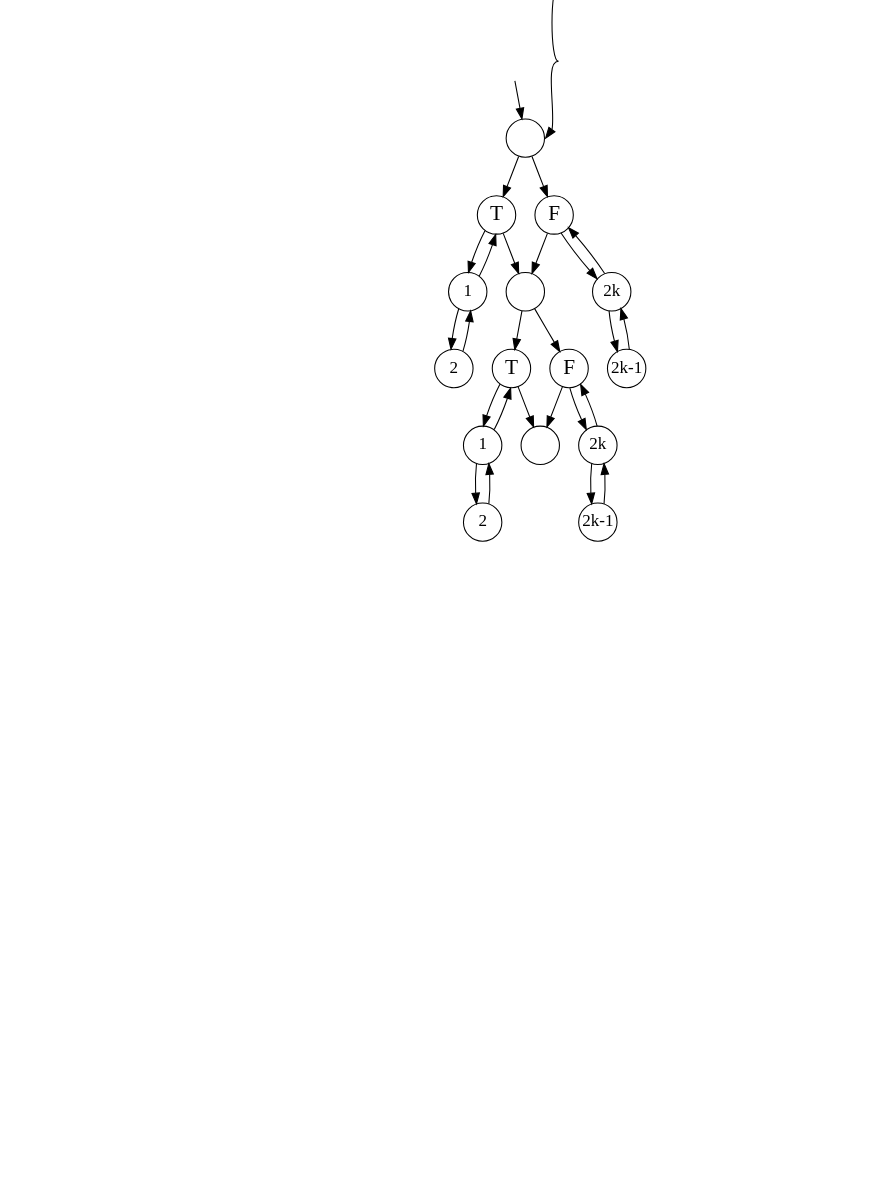
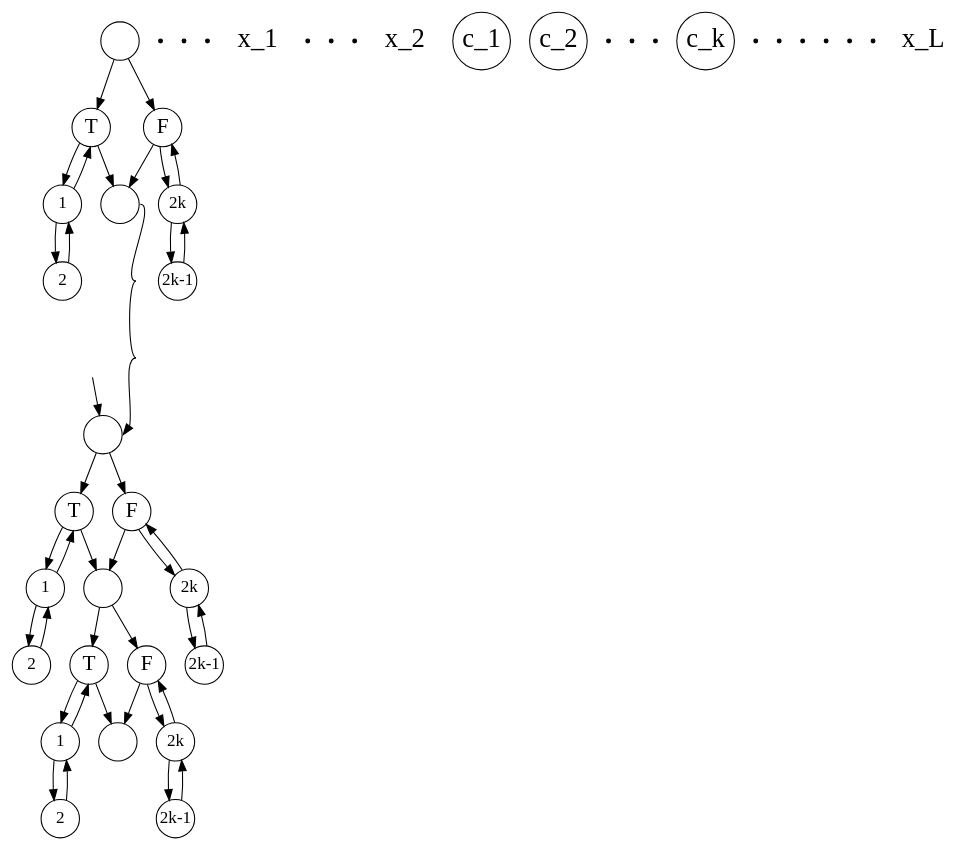
Before and after one commit to jdymacek/graph-theory-notes: the diagram in ChapterNP/n-gadget2.dot, drawn with Graphviz. The commit also changed 2 other files, not shown here.

Commit message:
Removed viewport from gadget dots

```diff
--- a/ChapterNP/n-gadget2.dot
+++ b/ChapterNP/n-gadget2.dot
@@ -1,75 +1,74 @@
 digraph g{
-    viewport="800,1100,1,0,-50"
     node[shape=circle label="" fixedsize=true]
 
 
     pointer [shape=none pos="0,3!"]
     root [pos="0,2!"]
     l1 [pos="-3,0!" label="T" fontsize="20!"]
     l2 [pos="-2,0!" label="1" fontsize="16!"]
     l3 [pos="-1,0!" label="2" fontsize="16!"]
     r1 [pos="3,0!" label="F" fontsize="20!"]
     r2 [pos="2,0!" label="2k" fontsize="16!"]
     r3 [pos="1,0!" label="2k-1" fontsize="16!"]
     root2 [pos="0,-2!"]
     e1 [shape=point pos="-0.4,0!"]
     e2 [shape=point pos="0,0!"]
     e3 [shape=point pos="0.4,0!"]
 
     x0 [label="x_1" shape=plaintext pos="3.5,-1!" fontsize="25!"]
 
     l12 [pos="-3,-4!" label="T" fontsize="20!"]
     l22 [pos="-2,-4!" label="1" fontsize="16!"]
     l32 [pos="-1,-4!" label="2" fontsize="16!"]
     r12 [pos="3,-4!" label="F" fontsize="20!"]
     r22 [pos="2,-4!" label="2k" fontsize="16!"]
     r32 [pos="1,-4!" label="2k-1" fontsize="16!"]
     e12 [shape=point pos="-0.4,-4!"]
     e22 [shape=point pos="0,-4!"]
     e32 [shape=point pos="0.4,-4!"]
 
     x1 [label="x_2" shape=plaintext pos="3.5,-5!" fontsize="25!"]
 
     c1 [label="c_1" width="0.75" pos="-5,2!" fontsize="25!"]
     c2 [label="c_2" width="0.75" pos="-5,1!" fontsize="25!"] 
     d1 [shape=point pos="-5,0.4!"]
     d2 [shape=point pos="-5,0!"]
     d3 [shape=point pos="-5,-0.4!"]
     ck [label="c_k" width="0.75" pos="-5,-1!" fontsize="25!"]
     exit [pos="0,-6!"]
 
     d12 [shape=point pos="0,-6.6!"]
     d22 [shape=point pos="0,-7!"]
     d32 [shape=point pos="0,-7.4!"]
 
     root3 [pos="0,-8!"]
     l13 [pos="-3,-10!" label="T" fontsize="20!"]
     l23 [pos="-2,-10!" label="1" fontsize="16!"]
     l33 [pos="-1,-10!" label="2" fontsize="16!"]
     r13 [pos="3,-10!" label="F" fontsize="20!"]
     r23 [pos="2,-10!" label="2k" fontsize="16!"]
     r33 [pos="1,-10!" label="2k-1" fontsize="16!"]
     e13 [shape=point pos="-0.4,-10!"]
     e23 [shape=point pos="0,-10!"]
     e33 [shape=point pos="0.4,-10!"]
     exit2 [pos="0,-12!"]
 
     x2 [label="x_L" shape=plaintext pos="3.5,-9!" fontsize="25!"]
 
     pointer -> root
     root -> l1 -> l2 -> l3 -> l2 -> l1 -> root2
     root -> r1 -> r2 -> r3 -> r2 -> r1 -> root2
     root2 -> l12 -> l22 -> l32 -> l22 -> l12 -> exit
     root2 -> r12 -> r22 -> r32 -> r22 -> r12 -> exit
     root3 -> l13 -> l23 -> l33 -> l23 -> l13 -> exit2
     root3 -> r13 -> r23 -> r33 -> r23 -> r13 -> exit2
 
     loop1 [shape=none pos="5,-10!" width="0"]
     loop2 [shape=none pos="5,0!" width="0"]
     //loop2
     //loop3
 
     exit2:e -> loop1:w [arrowhead=none]
     loop1:w -> loop2:w [arrowhead=none]
     loop2:w -> root:e
 }
```
